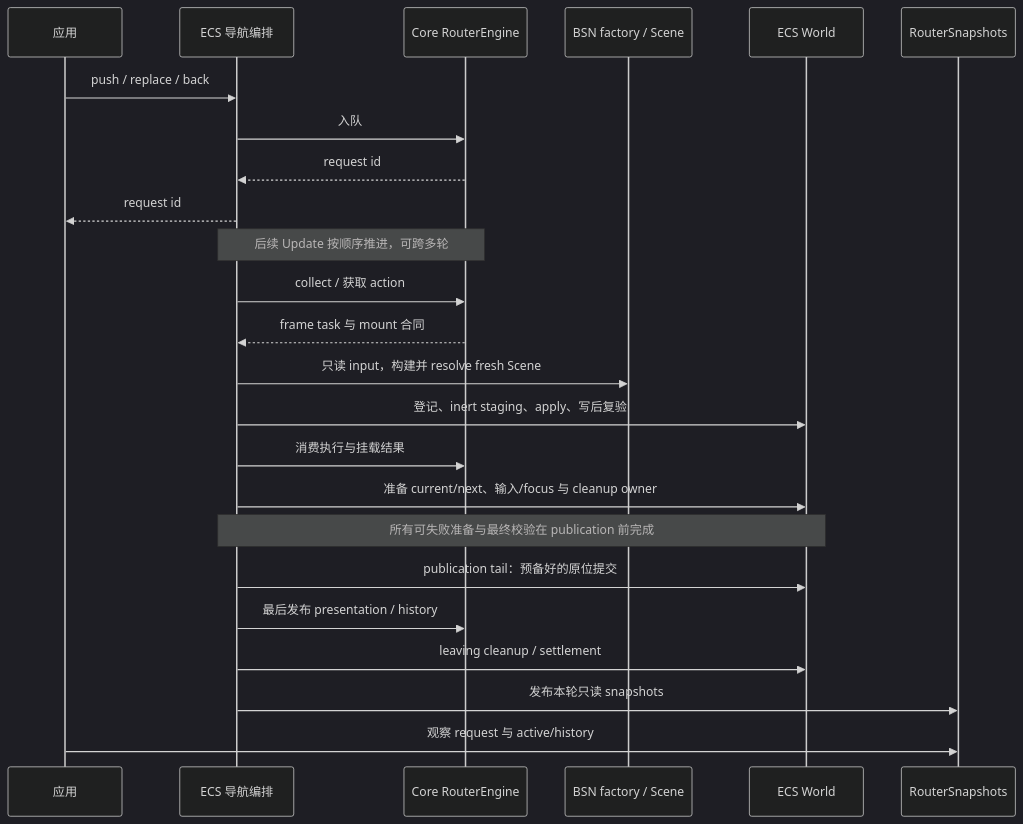
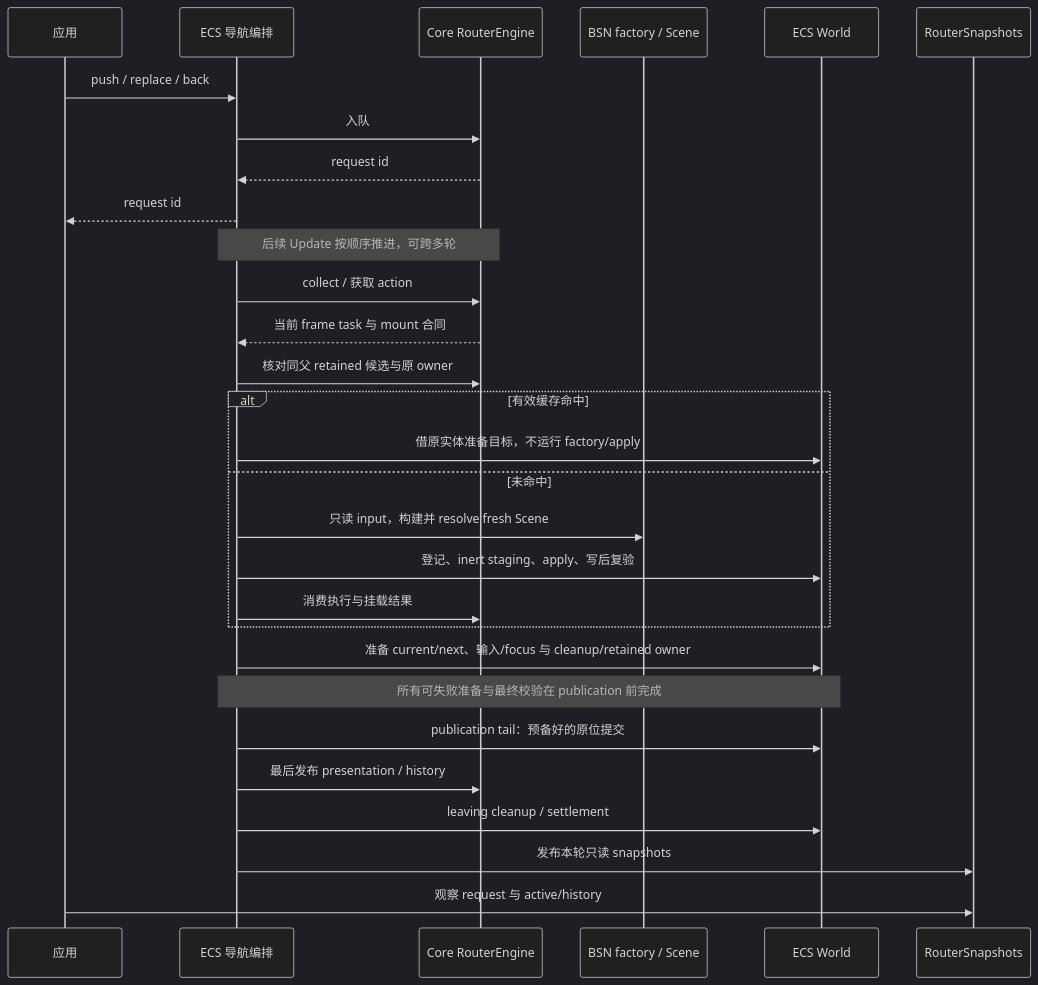
Before and after one commit to shengyusi-SYS/bevy_ui_router: the second of 3 diagrams in docs/architecture/runtime.md, drawn with Mermaid (dark theme). The commit also changed other lines of this file and 18 other files, not shown here.

````diff
--- a/docs/architecture/runtime.md
+++ b/docs/architecture/runtime.md
@@ -46,26 +48,31 @@
 ```mermaid
 sequenceDiagram
     participant App as 应用
     participant Nav as ECS 导航编排
     participant Core as Core RouterEngine
     participant Scene as BSN factory / Scene
     participant World as ECS World
     participant Snap as RouterSnapshots
     App->>Nav: push / replace / back
     Nav->>Core: 入队
     Core-->>Nav: request id
     Nav-->>App: request id
     Note over Nav,Core: 后续 Update 按顺序推进，可跨多轮
     Nav->>Core: collect / 获取 action
-    Core-->>Nav: frame task 与 mount 合同
-    Nav->>Scene: 只读 input，构建并 resolve fresh Scene
-    Nav->>World: 登记、inert staging、apply、写后复验
-    Nav->>Core: 消费执行与挂载结果
-    Nav->>World: 准备 current/next、输入/focus 与 cleanup owner
+    Core-->>Nav: 当前 frame task 与 mount 合同
+    Nav->>Core: 核对同父 retained 候选与原 owner
+    alt 有效缓存命中
+        Nav->>World: 借原实体准备目标，不运行 factory/apply
+    else 未命中
+        Nav->>Scene: 只读 input，构建并 resolve fresh Scene
+        Nav->>World: 登记、inert staging、apply、写后复验
+        Nav->>Core: 消费执行与挂载结果
+    end
+    Nav->>World: 准备 current/next、输入/focus 与 cleanup/retained owner
     Note over Nav,World: 所有可失败准备与最终校验在 publication 前完成
     Nav->>World: publication tail：预备好的原位提交
     Nav->>Core: 最后发布 presentation / history
     Nav->>World: leaving cleanup / settlement
     Nav->>Snap: 发布本轮只读 snapshots
     App->>Snap: 观察 request 与 active/history
 ```
````
